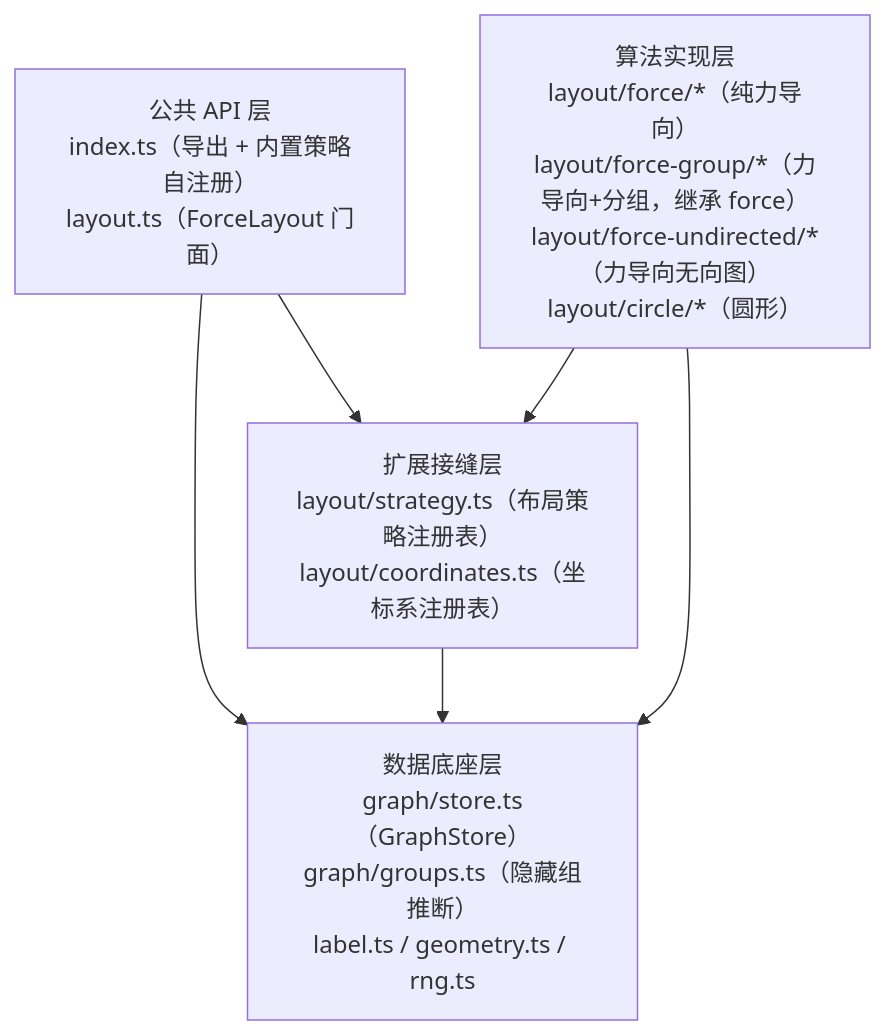
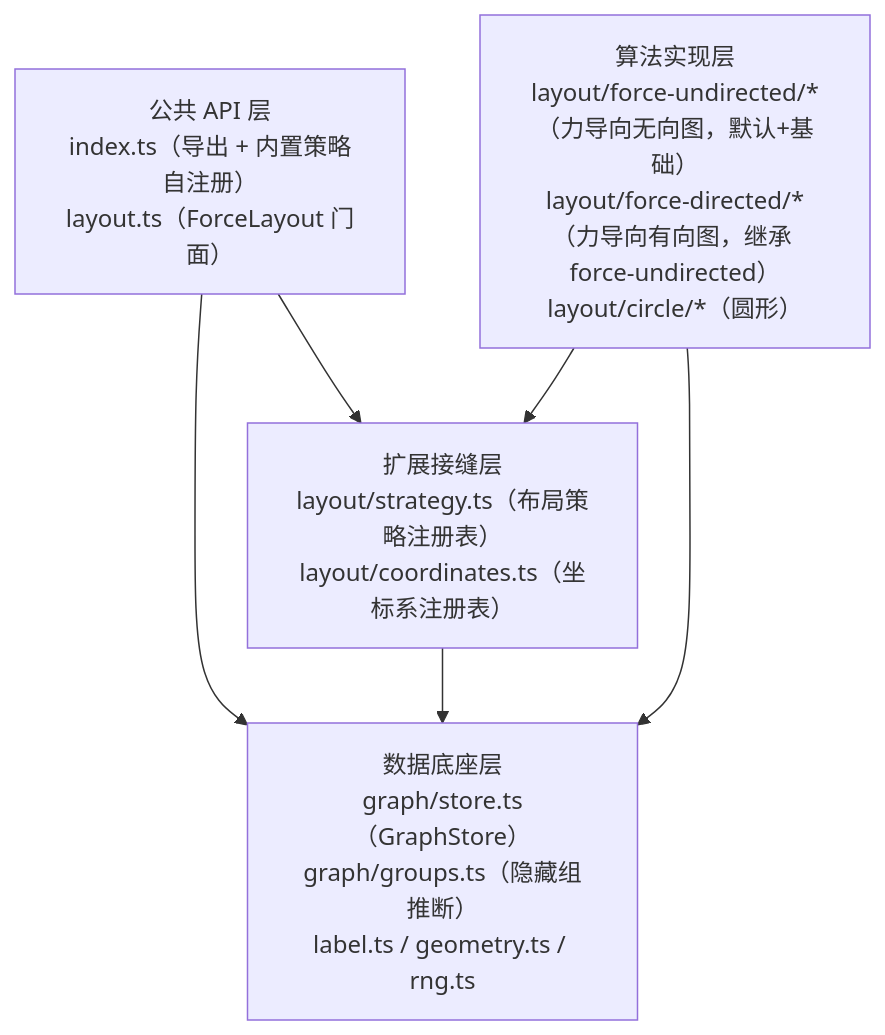
The first of 2 diagrams in doc/architecture.md (jiangjianbo/fishgraph), drawn with Mermaid before and after one commit. The commit also changed other lines of this file and 29 other files, not shown here.

````diff
--- a/doc/architecture.md
+++ b/doc/architecture.md
@@ -21,13 +21,13 @@
 ```mermaid
 graph TD
     API["公共 API 层<br/>index.ts（导出 + 内置策略自注册）<br/>layout.ts（ForceLayout 门面）"]
     SEAM["扩展接缝层<br/>layout/strategy.ts（布局策略注册表）<br/>layout/coordinates.ts（坐标系注册表）"]
     BASE["数据底座层<br/>graph/store.ts（GraphStore）<br/>graph/groups.ts（隐藏组推断）<br/>label.ts / geometry.ts / rng.ts"]
-    ALGO["算法实现层<br/>layout/force/*（纯力导向）<br/>layout/force-group/*（力导向+分组，继承 force）<br/>layout/force-undirected/*（力导向无向图）<br/>layout/circle/*（圆形）"]
+    ALGO["算法实现层<br/>layout/force-undirected/*（力导向无向图，默认+基础）<br/>layout/force-directed/*（力导向有向图，继承 force-undirected）<br/>layout/circle/*（圆形）"]
 
     API --> SEAM
     API --> BASE
     SEAM --> BASE
     ALGO --> SEAM
     ALGO --> BASE
 ```
````
